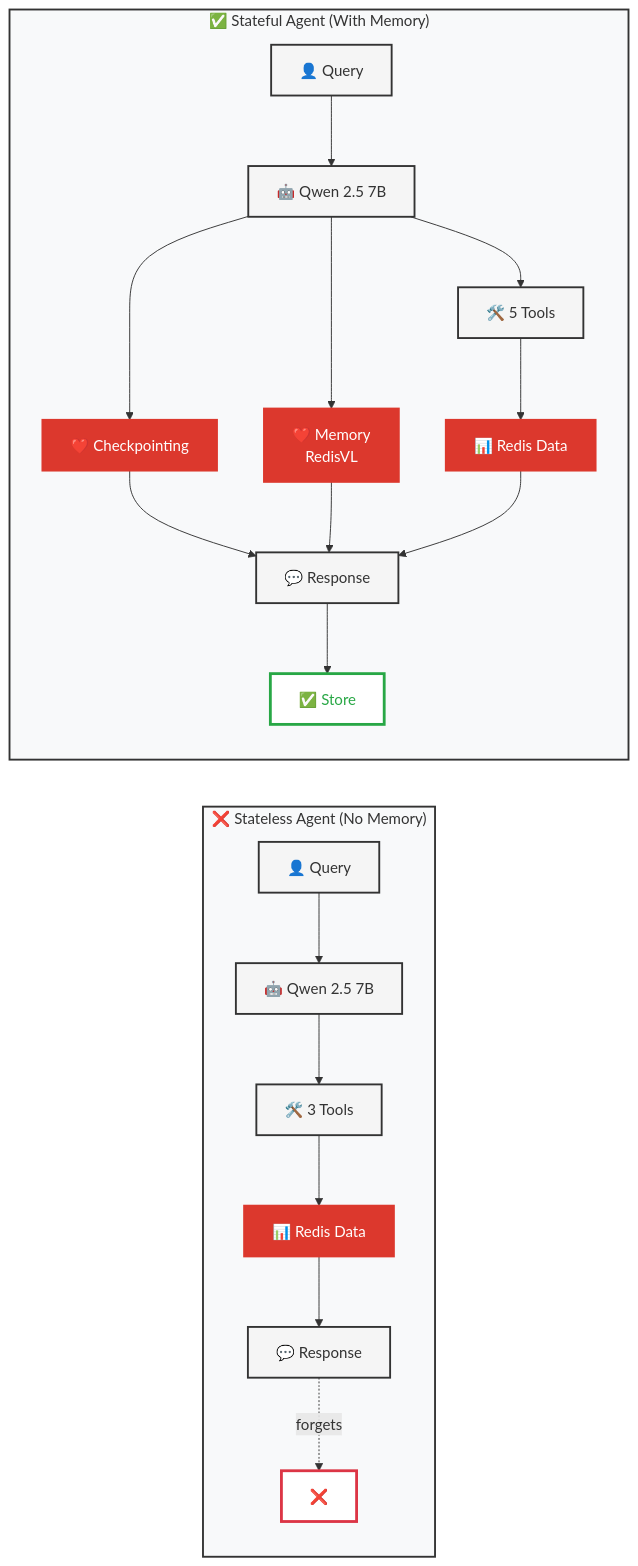
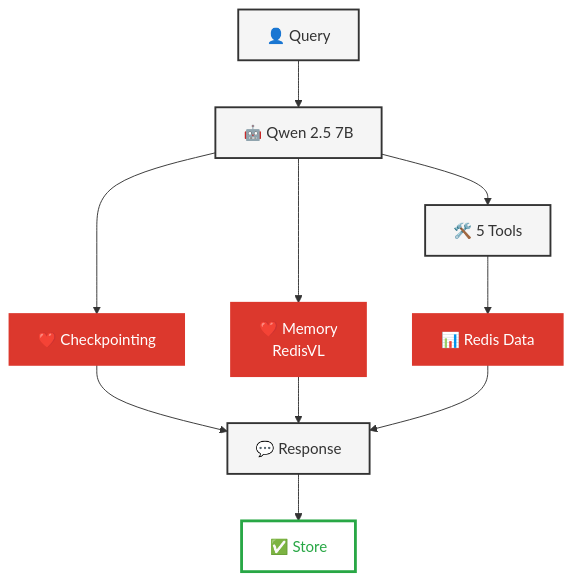
Before and after one commit to AllieRays/redis-wellness: the second of 2 diagrams in README.md, drawn with Mermaid. The commit also changed other lines of this file, not shown here.

````diff
--- a/README.md
+++ b/README.md
@@ -58,43 +85,21 @@
 ```mermaid
-flowchart LR
-    subgraph Stateless["❌ Stateless Agent (No Memory)"]
-        direction TB
-        Q1["👤 Query"] --> A1["🤖 Qwen 2.5 7B"]
-        A1 --> T1["🛠️ 3 Tools"]
-        T1 --> R1["📊 Redis Data"]
-        R1 --> Res1["💬 Response"]
-        Res1 -."forgets".-> F1["❌"]
-    end
-
-    subgraph Stateful["✅ Stateful Agent (With Memory)"]
-        direction TB
-        Q2["👤 Query"] --> A2["🤖 Qwen 2.5 7B"]
-        A2 --> C2["❤️ Checkpointing"]
-        A2 --> M2["❤️ Memory<br/>RedisVL"]
-        A2 --> T2["🛠️ 5 Tools"]
-        T2 --> R2["📊 Redis Data"]
-        C2 --> Res2["💬 Response"]
-        M2 --> Res2
-        R2 --> Res2
-        Res2 --> S2["✅ Store"]
-    end
-
-    style Q1 fill:#f5f5f5,stroke:#333,stroke-width:2px
-    style A1 fill:#f5f5f5,stroke:#333,stroke-width:2px
-    style T1 fill:#f5f5f5,stroke:#333,stroke-width:2px
-    style R1 fill:#dc382d,stroke:#dc382d,stroke-width:2px,color:#fff
-    style Res1 fill:#f5f5f5,stroke:#333,stroke-width:2px
-    style F1 fill:#fff,stroke:#dc3545,stroke-width:3px,color:#dc3545
+flowchart TB
+    Q2["👤 Query"] --> A2["🤖 Qwen 2.5 7B"]
+    A2 --> C2["❤️ Checkpointing"]
+    A2 --> M2["❤️ Memory<br/>RedisVL"]
+    A2 --> T2["🛠️ 5 Tools"]
+    T2 --> R2["📊 Redis Data"]
+    C2 --> Res2["💬 Response"]
+    M2 --> Res2
+    R2 --> Res2
+    Res2 --> S2["✅ Store"]
 
     style Q2 fill:#f5f5f5,stroke:#333,stroke-width:2px
     style A2 fill:#f5f5f5,stroke:#333,stroke-width:2px
     style C2 fill:#dc382d,stroke:#dc382d,stroke-width:2px,color:#fff
     style M2 fill:#dc382d,stroke:#dc382d,stroke-width:2px,color:#fff
     style T2 fill:#f5f5f5,stroke:#333,stroke-width:2px
     style R2 fill:#dc382d,stroke:#dc382d,stroke-width:2px,color:#fff
     style Res2 fill:#f5f5f5,stroke:#333,stroke-width:2px
     style S2 fill:#fff,stroke:#28a745,stroke-width:3px,color:#28a745
-
-    style Stateless fill:#f8f9fa,stroke:#333,stroke-width:2px
-    style Stateful fill:#f8f9fa,stroke:#333,stroke-width:2px
 ```
````
